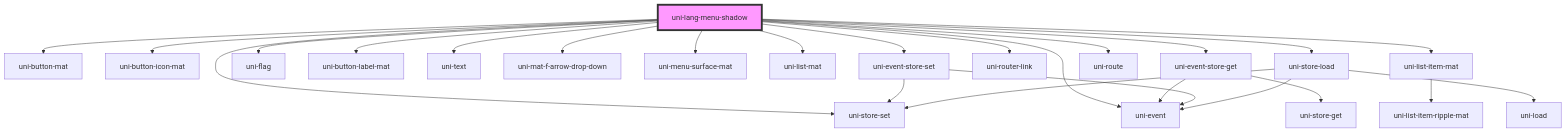
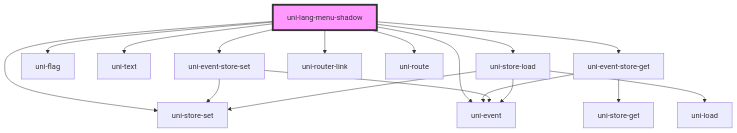
The diagram in src/lang-menu/components/shadow/readme.md (uiregex/uni-localize), drawn with Mermaid before and after one commit. The commit also changed other lines of this file and 8 other files, not shown here.

````diff
--- a/src/lang-menu/components/shadow/readme.md
+++ b/src/lang-menu/components/shadow/readme.md
@@ -47,28 +40,20 @@
 ```mermaid
 graph TD;
   uni-lang-menu-shadow --> uni-store-set
-  uni-lang-menu-shadow --> uni-button-mat
-  uni-lang-menu-shadow --> uni-button-icon-mat
   uni-lang-menu-shadow --> uni-event-store-get
   uni-lang-menu-shadow --> uni-flag
-  uni-lang-menu-shadow --> uni-button-label-mat
   uni-lang-menu-shadow --> uni-text
-  uni-lang-menu-shadow --> uni-mat-f-arrow-drop-down
-  uni-lang-menu-shadow --> uni-menu-surface-mat
-  uni-lang-menu-shadow --> uni-list-mat
   uni-lang-menu-shadow --> uni-event-store-set
   uni-lang-menu-shadow --> uni-router-link
-  uni-lang-menu-shadow --> uni-list-item-mat
   uni-lang-menu-shadow --> uni-route
   uni-lang-menu-shadow --> uni-event
   uni-lang-menu-shadow --> uni-store-load
   uni-event-store-get --> uni-event
   uni-event-store-get --> uni-store-get
   uni-event-store-set --> uni-event
   uni-event-store-set --> uni-store-set
-  uni-list-item-mat --> uni-list-item-ripple-mat
   uni-store-load --> uni-event
   uni-store-load --> uni-store-set
   uni-store-load --> uni-load
   style uni-lang-menu-shadow fill:#f9f,stroke:#333,stroke-width:4px
 ```
````
